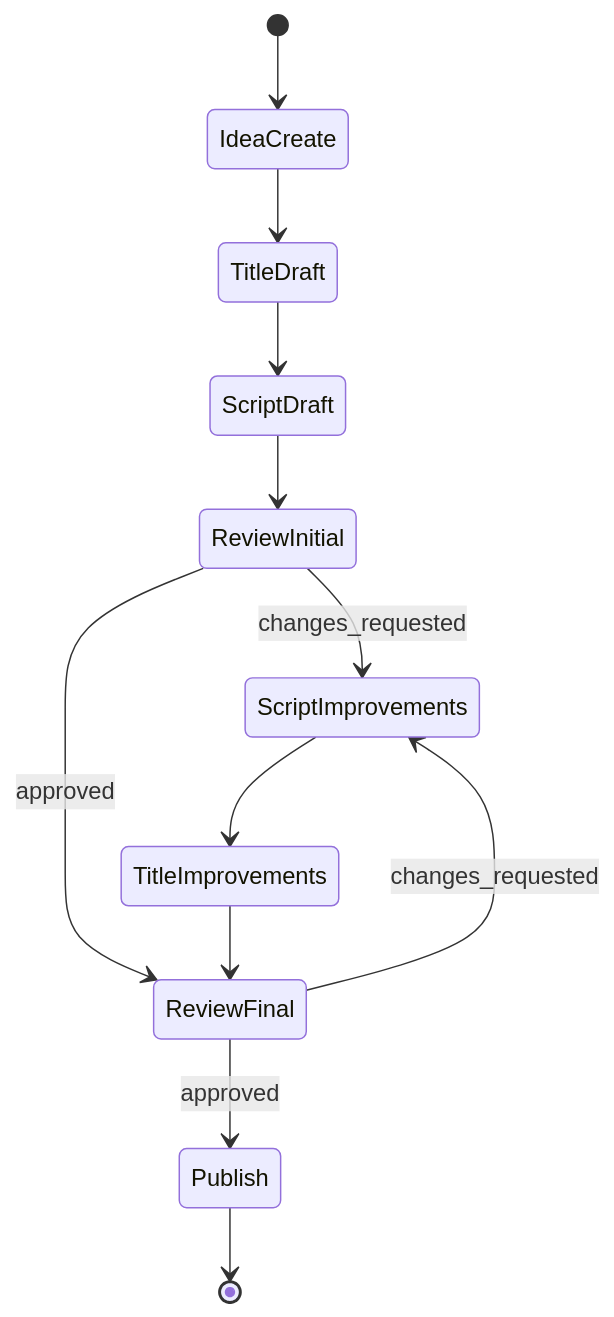
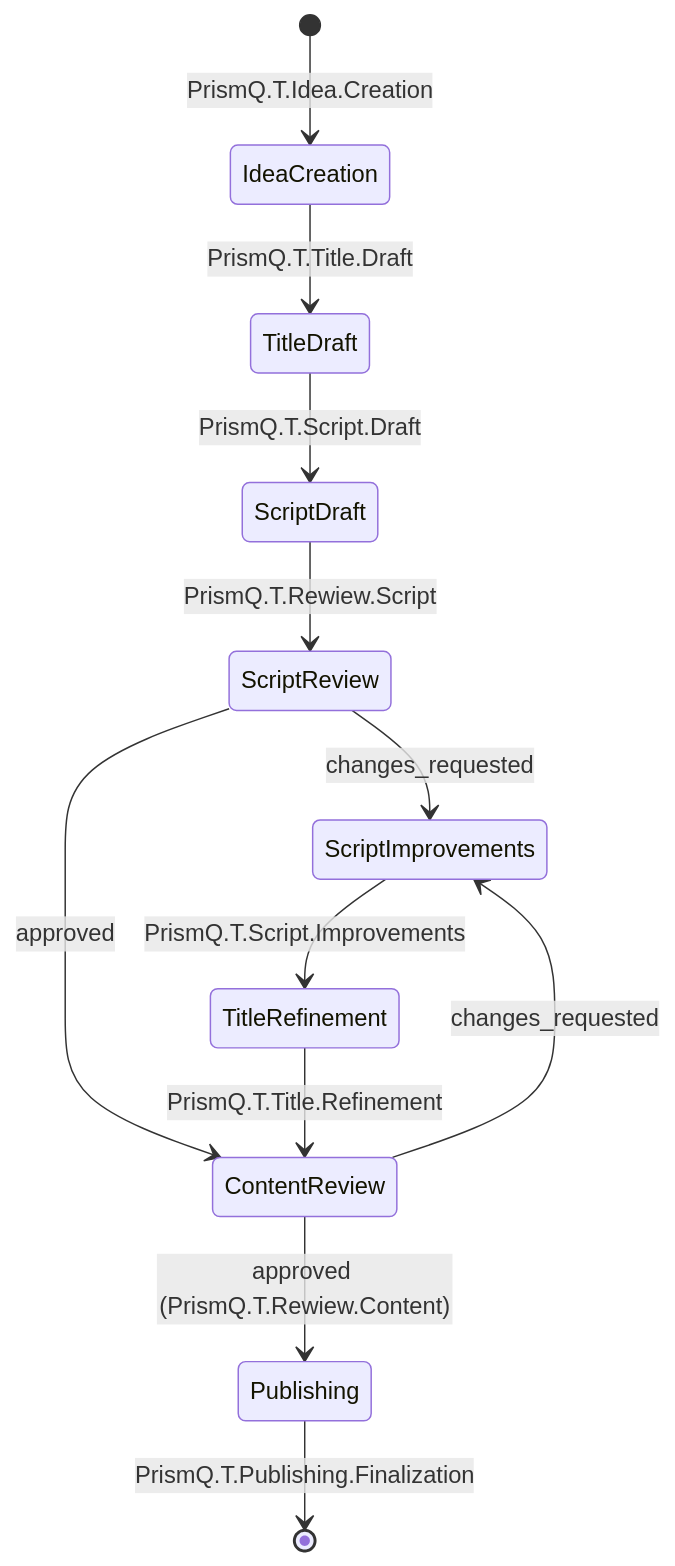
One commit to Nomoos/PrismQ changed the diagram in _meta/issues/PARALLEL_RUN_NEXT.md. Above: the diagram before and after it, drawn with Mermaid. The commit also changed other lines of this file and 1 other file, not shown here.

Commit message:
Update MVP workflow to use real folder names: PrismQ.T.Idea.Creation, etc.

````diff
--- a/_meta/issues/PARALLEL_RUN_NEXT.md
+++ b/_meta/issues/PARALLEL_RUN_NEXT.md
@@ -198,14 +226,14 @@
 ```mermaid
 stateDiagram-v2
-    [*] --> IdeaCreate
-    IdeaCreate --> TitleDraft
-    TitleDraft --> ScriptDraft
-    ScriptDraft --> ReviewInitial
-    ReviewInitial --> ScriptImprovements: changes_requested
-    ReviewInitial --> ReviewFinal: approved
-    ScriptImprovements --> TitleImprovements
-    TitleImprovements --> ReviewFinal
-    ReviewFinal --> Publish: approved
-    ReviewFinal --> ScriptImprovements: changes_requested
-    Publish --> [*]
+    [*] --> IdeaCreation: PrismQ.T.Idea.Creation
+    IdeaCreation --> TitleDraft: PrismQ.T.Title.Draft
+    TitleDraft --> ScriptDraft: PrismQ.T.Script.Draft
+    ScriptDraft --> ScriptReview: PrismQ.T.Rewiew.Script
+    ScriptReview --> ScriptImprovements: changes_requested
+    ScriptReview --> ContentReview: approved
+    ScriptImprovements --> TitleRefinement: PrismQ.T.Script.Improvements
+    TitleRefinement --> ContentReview: PrismQ.T.Title.Refinement
+    ContentReview --> Publishing: approved (PrismQ.T.Rewiew.Content)
+    ContentReview --> ScriptImprovements: changes_requested
+    Publishing --> [*]: PrismQ.T.Publishing.Finalization
 ```
````
